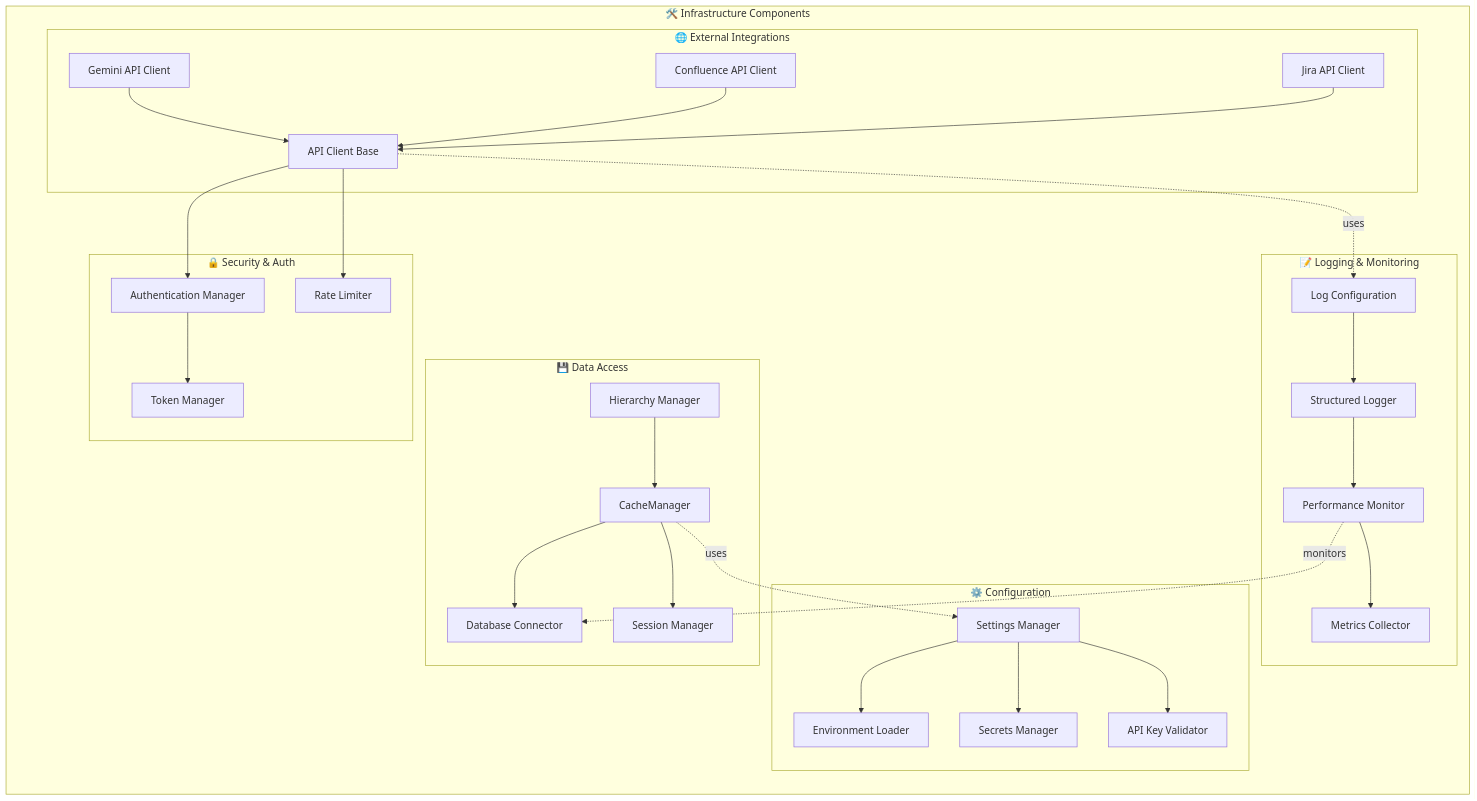
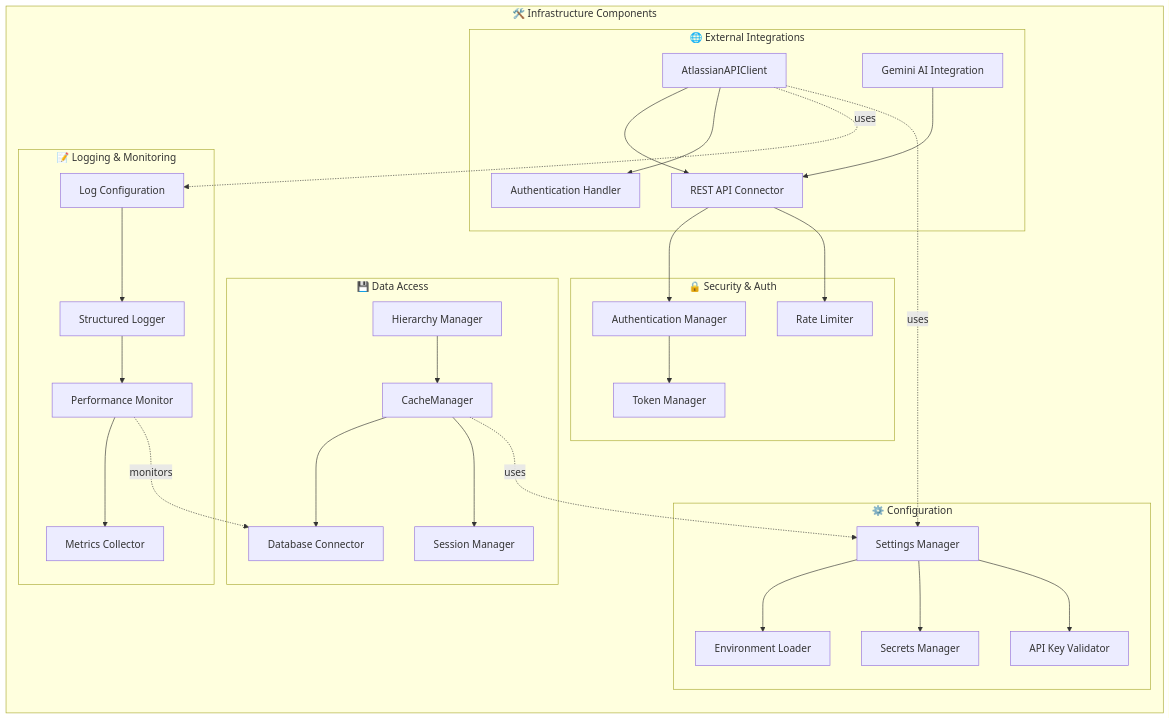
One commit to gucchon001/attratian_chatbot changed the fifth of 13 diagrams in docs/SPEC-DS-005C コンポーネント図設計書.md. Above: the diagram before and after it, drawn with Mermaid. The commit also changed other lines of this file and 9 other files, not shown here.

````diff
--- a/docs/SPEC-DS-005C コンポーネント図設計書.md
+++ b/docs/SPEC-DS-005C コンポーネント図設計書.md
@@ -245,70 +277,71 @@
 ```mermaid
 graph TB
     subgraph "🛠️ Infrastructure Components"
         direction TB
         
         subgraph "💾 Data Access"
             CacheManager[CacheManager]
             DatabaseConnector[Database Connector]
             HierarchyManager[Hierarchy Manager]
             SessionManager[Session Manager]
         end
         
         subgraph "⚙️ Configuration"
             SettingsManager[Settings Manager]
             EnvLoader[Environment Loader]
             SecretsManager[Secrets Manager]
             APIKeyValidator[API Key Validator]
         end
         
         subgraph "📝 Logging & Monitoring"
             LogConfig[Log Configuration]
             StructuredLogger[Structured Logger]
             PerformanceMonitor[Performance Monitor]
             MetricsCollector[Metrics Collector]
         end
         
         subgraph "🌐 External Integrations"
-            APIClientBase[API Client Base]
-            GeminiClient[Gemini API Client]
-            ConfluenceClient[Confluence API Client]
-            JiraClient[Jira API Client]
+            AtlassianAPIClient[AtlassianAPIClient]
+            GeminiIntegration[Gemini AI Integration]
+            RestAPIConnector[REST API Connector]
+            AuthenticationHandler[Authentication Handler]
         end
         
         subgraph "🔒 Security & Auth"
             AuthManager[Authentication Manager]
             TokenManager[Token Manager]
             RateLimiter[Rate Limiter]
         end
     end
 
     %% Data Access connections
     CacheManager --> DatabaseConnector
     HierarchyManager --> CacheManager
     CacheManager --> SessionManager
     
     %% Configuration connections
     SettingsManager --> EnvLoader
     SettingsManager --> SecretsManager
     SettingsManager --> APIKeyValidator
     
     %% Logging connections
     LogConfig --> StructuredLogger
     StructuredLogger --> PerformanceMonitor
     PerformanceMonitor --> MetricsCollector
     
     %% External Integration connections
-    GeminiClient --> APIClientBase
-    ConfluenceClient --> APIClientBase
-    JiraClient --> APIClientBase
+    AtlassianAPIClient --> RestAPIConnector
+    AtlassianAPIClient --> AuthenticationHandler
+    GeminiIntegration --> RestAPIConnector
     
     %% Security connections
-    APIClientBase --> AuthManager
+    RestAPIConnector --> AuthManager
     AuthManager --> TokenManager
-    APIClientBase --> RateLimiter
+    RestAPIConnector --> RateLimiter
 
     %% Cross-layer dependencies
     CacheManager -.->|uses| SettingsManager
-    APIClientBase -.->|uses| LogConfig
+    AtlassianAPIClient -.->|uses| LogConfig
     PerformanceMonitor -.->|monitors| DatabaseConnector
+    AtlassianAPIClient -.->|uses| SettingsManager
 ```
````
